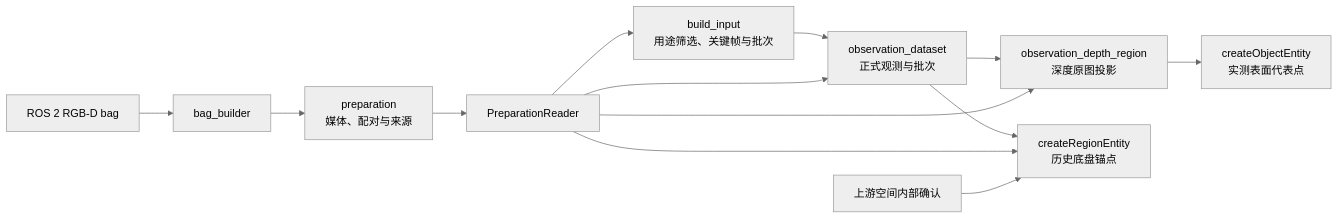
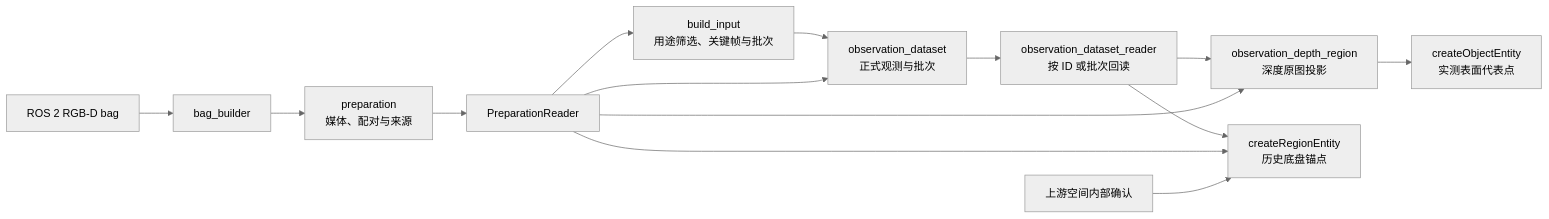
One commit to Anoool/vln_memory changed the diagram in docx/project/architecture.md. Above: the diagram before and after it, drawn with Mermaid (neutral theme). The commit also changed other lines of this file and 21 other files, not shown here.

Commit message:
Add portable observation dataset reading and source binding

````diff
--- a/docx/project/architecture.md
+++ b/docx/project/architecture.md
@@ -7,15 +7,16 @@
 ```mermaid
 flowchart LR
     Bag["ROS 2 RGB-D bag"] --> Builder["bag_builder"]
     Builder --> Preparation["preparation<br/>媒体、配对与来源"]
     Preparation --> Reader["PreparationReader"]
     Reader --> Select["build_input<br/>用途筛选、关键帧与批次"]
     Select --> Dataset["observation_dataset<br/>正式观测与批次"]
+    Dataset --> DatasetReader["observation_dataset_reader<br/>按 ID 或批次回读"]
     Reader --> Dataset
-    Dataset --> Geometry["observation_depth_region<br/>深度原图投影"]
+    DatasetReader --> Geometry["observation_depth_region<br/>深度原图投影"]
     Reader --> Geometry
     Geometry --> Object["createObjectEntity<br/>实测表面代表点"]
-    Dataset --> Region["createRegionEntity<br/>历史底盘锚点"]
+    DatasetReader --> Region["createRegionEntity<br/>历史底盘锚点"]
     Reader --> Region
     Confirmation["上游空间内部确认"] --> Region
 ```
````
